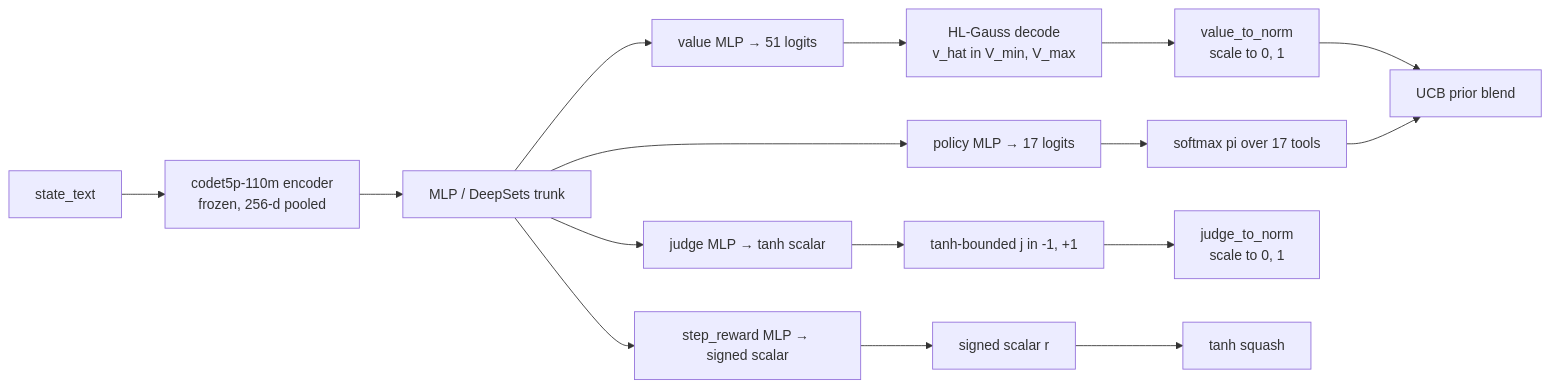
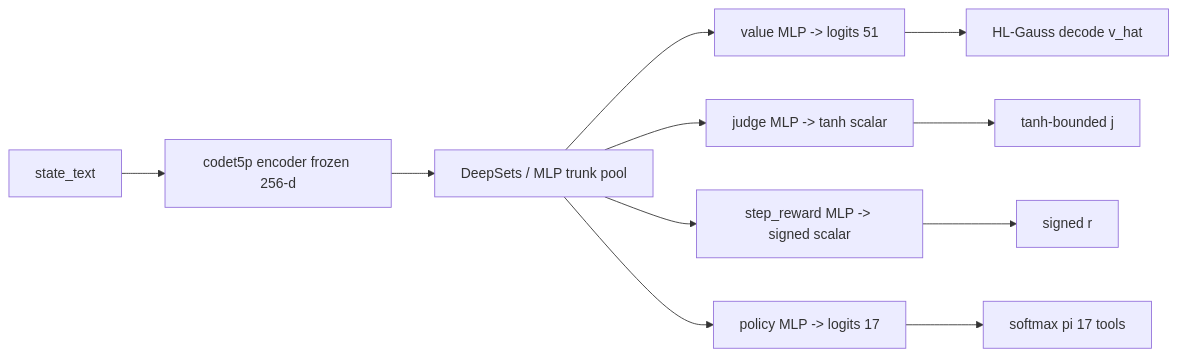
Before and after one commit to samrathchadha/perseusresearch: the diagram in src/content/essays/wm-heads-decoding.mdx, drawn with Mermaid. The commit also changed other lines of this file and 31 other files, not shown here.

````diff
--- a/src/content/essays/wm-heads-decoding.mdx
+++ b/src/content/essays/wm-heads-decoding.mdx
@@ -34,18 +62,13 @@
 ```mermaid
 flowchart LR
-  S[state_text] --> E[codet5p-110m encoder\nfrozen, 256-d pooled]
-  E --> D[MLP / DeepSets trunk]
-  D --> V[value MLP &rarr; 51 logits]
-  D --> J[judge MLP &rarr; tanh scalar]
-  D --> R[step_reward MLP &rarr; signed scalar]
-  D --> P[policy MLP &rarr; 17 logits]
-  V --> VD[HL-Gauss decode\nv_hat in V_min, V_max]
-  J --> JD[tanh-bounded j in -1, +1]
-  R --> RD[signed scalar r]
-  P --> PD[softmax pi over 17 tools]
-  VD --> NV[value_to_norm\nscale to 0, 1]
-  JD --> NJ[judge_to_norm\nscale to 0, 1]
-  RD --> NR[tanh squash]
-  NV --> UCB[UCB prior blend]
-  PD --> UCB
+  S[state_text] --> E[codet5p encoder frozen 256-d]
+  E --> D[DeepSets / MLP trunk pool]
+  D --> V[value MLP -> logits 51]
+  D --> J[judge MLP -> tanh scalar]
+  D --> R[step_reward MLP -> signed scalar]
+  D --> P[policy MLP -> logits 17]
+  V --> VD[HL-Gauss decode v_hat]
+  J --> JD[tanh-bounded j]
+  R --> RD[signed r]
+  P --> PD[softmax pi 17 tools]
 ```
````
